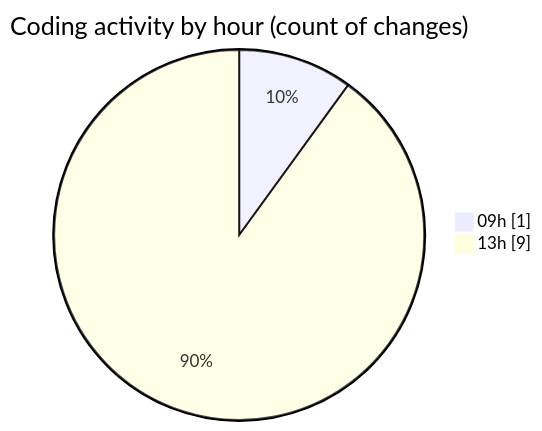
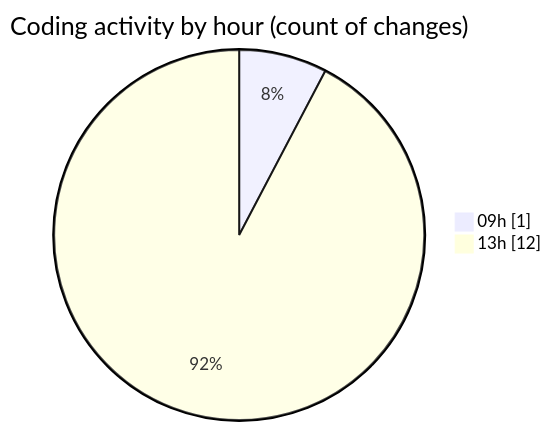
Before and after one commit to Elitesun/code-tracking: the second of 2 diagrams in 2025-05-21/niten/README.md, drawn with Mermaid. The commit also changed other lines of this file and 1 other file, not shown here.

````diff
--- a/2025-05-21/niten/README.md
+++ b/2025-05-21/niten/README.md
@@ -34,6 +38,6 @@
 ```mermaid
 pie showData
 title Coding activity by hour (count of changes)
 "09h" : 1
-"13h" : 9
+"13h" : 12
 ```
````
